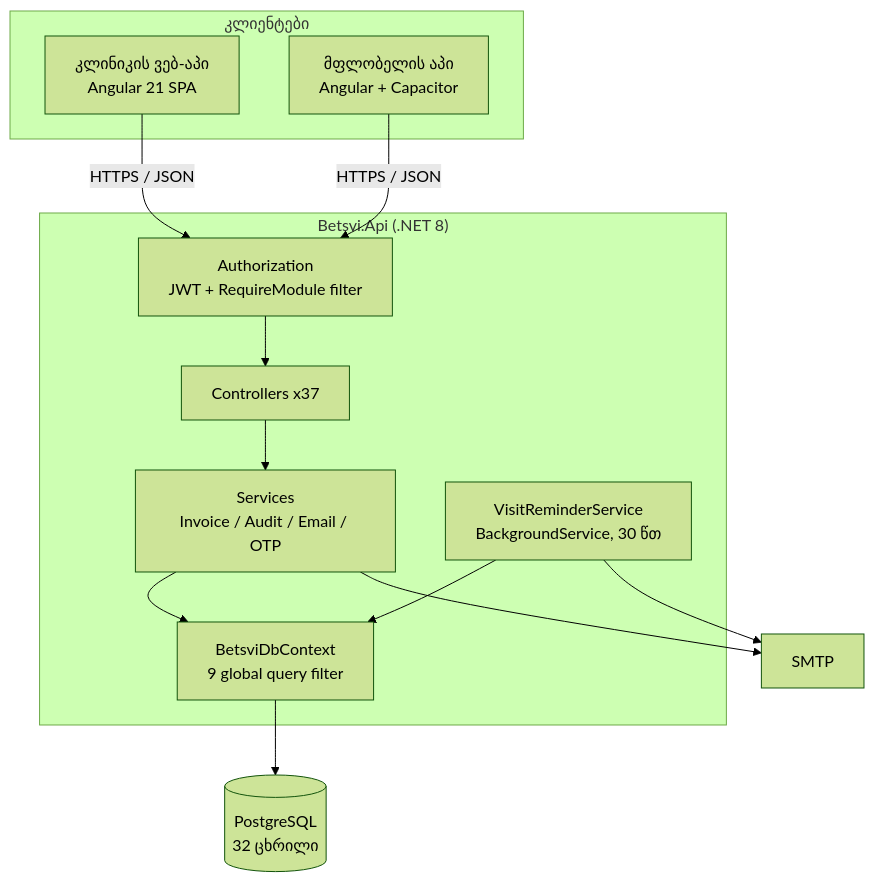
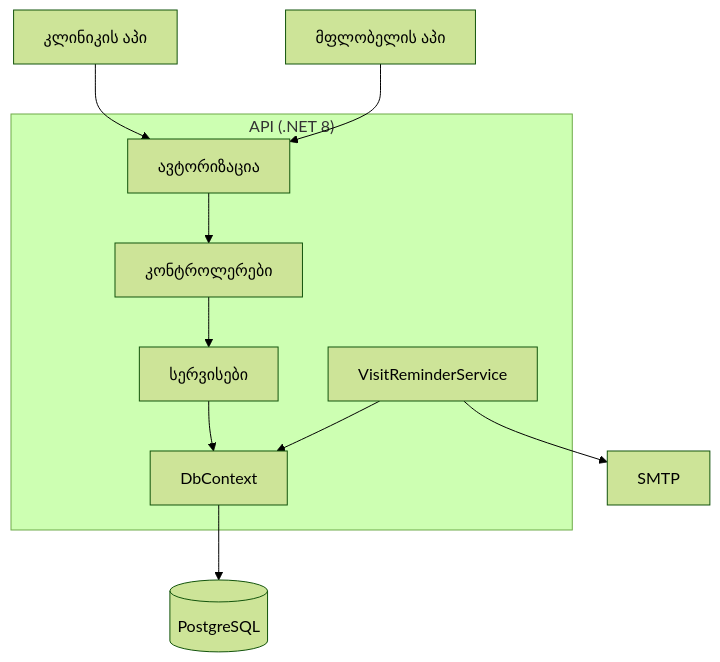
Before and after one commit to Yazo13/Betsvi-Backlog: the first of 2 diagrams in docs/ARCHITECTURE.md, drawn with Mermaid (forest theme). The commit also changed other lines of this file, not shown here.

First line of the commit message:
docs: rewrite the architecture page as the version I can defend

````diff
--- a/docs/ARCHITECTURE.md
+++ b/docs/ARCHITECTURE.md
@@ -42,28 +19,11 @@
 ```mermaid
 flowchart TB
-  subgraph CL["კლიენტები"]
-    A["კლინიკის ვებ-აპი<br/>Angular 21 SPA"]
-    B["მფლობელის აპი<br/>Angular + Capacitor"]
+  A["კლინიკის აპი"] --> D
+  B["მფლობელის აპი"] --> D
+  subgraph API["API (.NET 8)"]
+    D["ავტორიზაცია"] --> C["კონტროლერები"] --> E["სერვისები"] --> G["DbContext"]
+    F["VisitReminderService"] --> G
   end
-
-  subgraph API["Betsvi.Api (.NET 8)"]
-    D["Authorization<br/>JWT + RequireModule filter"]
-    C["Controllers x37"]
-    E["Services<br/>Invoice / Audit / Email / OTP"]
-    F["VisitReminderService<br/>BackgroundService, 30 წთ"]
-    G["BetsviDbContext<br/>9 global query filter"]
-  end
-
-  DB[("PostgreSQL<br/>32 ცხრილი")]
-  MAIL["SMTP"]
-
-  A -->|"HTTPS / JSON"| D
-  B -->|"HTTPS / JSON"| D
-  D --> C
-  C --> E
-  E --> G
-  F --> G
-  F --> MAIL
-  E --> MAIL
-  G --> DB
+  G --> DB[("PostgreSQL")]
+  F --> MAIL["SMTP"]
 ```
````
